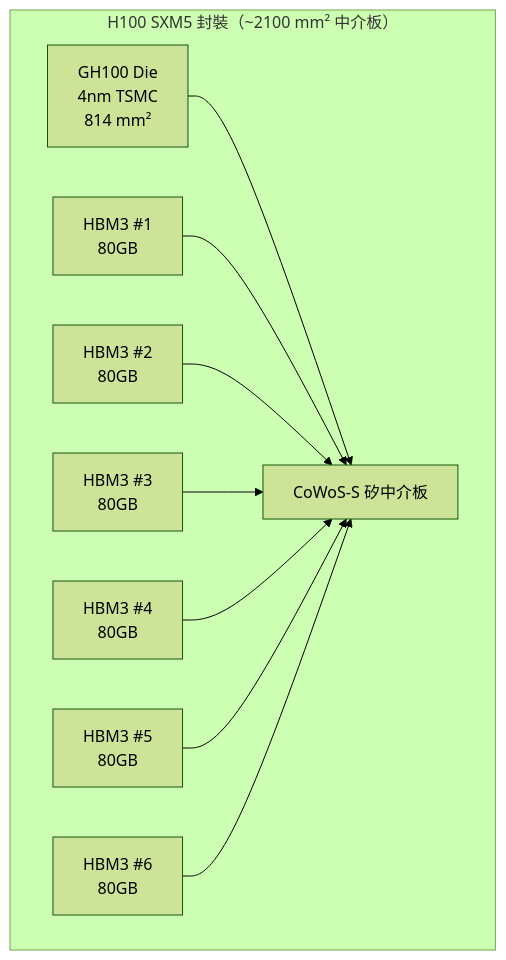
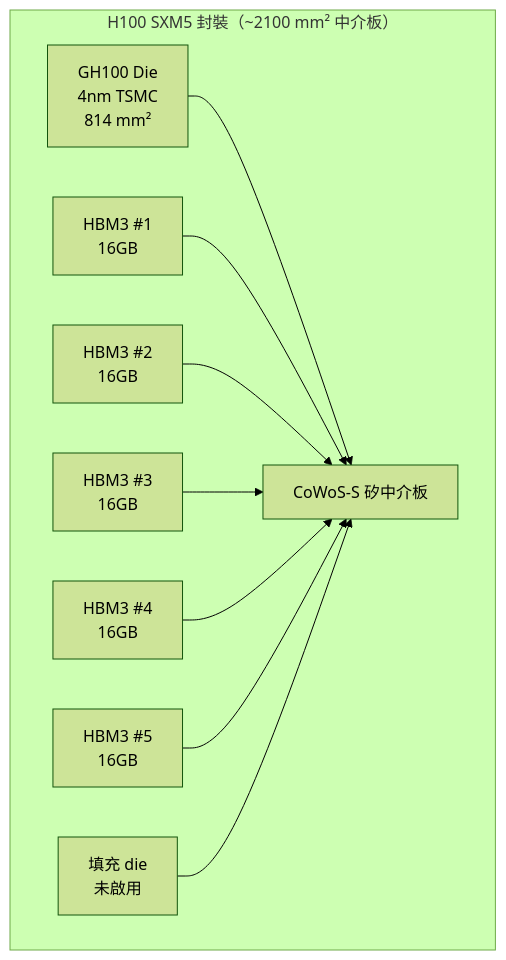
The first of 3 diagrams in docs/cowos/08-cowos-ai-hpc.md (wizardhsiehcom/book), drawn with Mermaid (forest theme) before and after one commit. The commit also changed other lines of this file and 13 other files, not shown here.

````diff
--- a/docs/cowos/08-cowos-ai-hpc.md
+++ b/docs/cowos/08-cowos-ai-hpc.md
@@ -7,10 +7,10 @@
 ```mermaid
 flowchart TB
     subgraph "H100 SXM5 封裝（~2100 mm² 中介板）"
         GPU["GH100 Die<br/>4nm TSMC<br/>814 mm²"]
-        H1["HBM3 #1<br/>80GB"] & H2["HBM3 #2<br/>80GB"] & H3["HBM3 #3<br/>80GB"]
-        H4["HBM3 #4<br/>80GB"] & H5["HBM3 #5<br/>80GB"] & H6["HBM3 #6<br/>80GB"]
+        H1["HBM3 #1<br/>16GB"] & H2["HBM3 #2<br/>16GB"] & H3["HBM3 #3<br/>16GB"]
+        H4["HBM3 #4<br/>16GB"] & H5["HBM3 #5<br/>16GB"] & H6["填充 die<br/>未啟用"]
         INT["CoWoS-S 矽中介板"]
         GPU & H1 & H2 & H3 & H4 & H5 & H6 --> INT
     end
 ```
````
